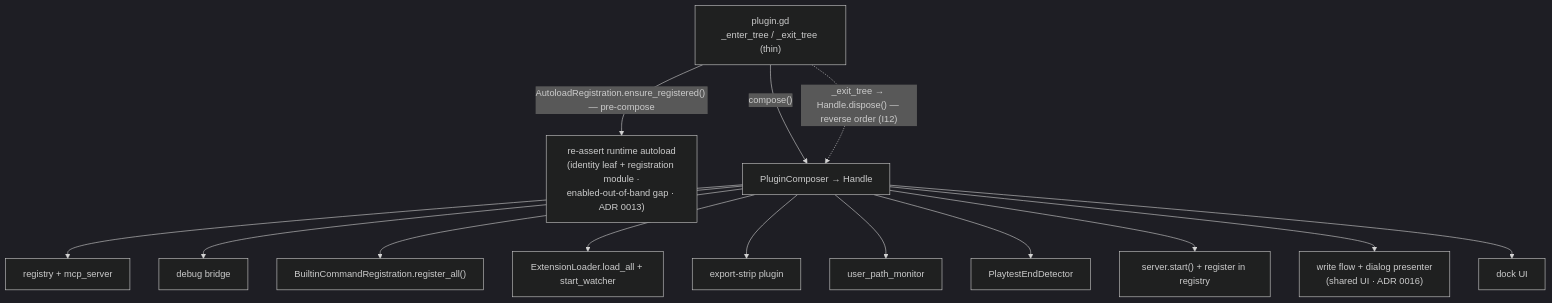
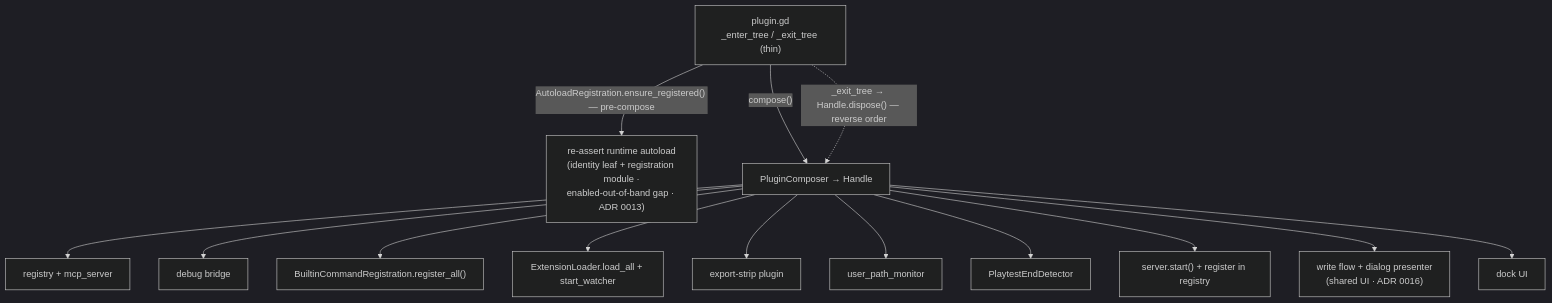
The tenth of 13 diagrams in docs/architecture/README.md (NPGameDev/godot-mcp-toolkit), drawn with Mermaid (dark theme) before and after one commit. The commit also changed other lines of this file and 8 other files, not shown here.

````diff
--- a/docs/architecture/README.md
+++ b/docs/architecture/README.md
@@ -495,17 +495,17 @@
 ```mermaid
 flowchart TD
     plugin["plugin.gd<br/>_enter_tree / _exit_tree (thin)"]
     plugin -->|"AutoloadRegistration.ensure_registered() — pre-compose"| heal["re-assert runtime autoload<br/>(identity leaf + registration module ·<br/>enabled-out-of-band gap · ADR 0013)"]
     plugin -->|"compose()"| composer["PluginComposer → Handle"]
     composer --> reg["registry + mcp_server"]
     composer --> bridge["debug bridge"]
     composer --> builtins["BuiltinCommandRegistration.register_all()"]
     composer --> ext["ExtensionLoader.load_all + start_watcher"]
     composer --> exp["export-strip plugin"]
     composer --> mon["user_path_monitor"]
     composer --> detect["PlaytestEndDetector"]
     composer --> start["server.start() + register in registry"]
     composer --> ui["write flow + dialog presenter<br/>(shared UI · ADR 0016)"]
     composer --> dock["dock UI"]
-    plugin -.->|"_exit_tree → Handle.dispose() — reverse order (I12)"| composer
+    plugin -.->|"_exit_tree → Handle.dispose() — reverse order"| composer
 ```
````
